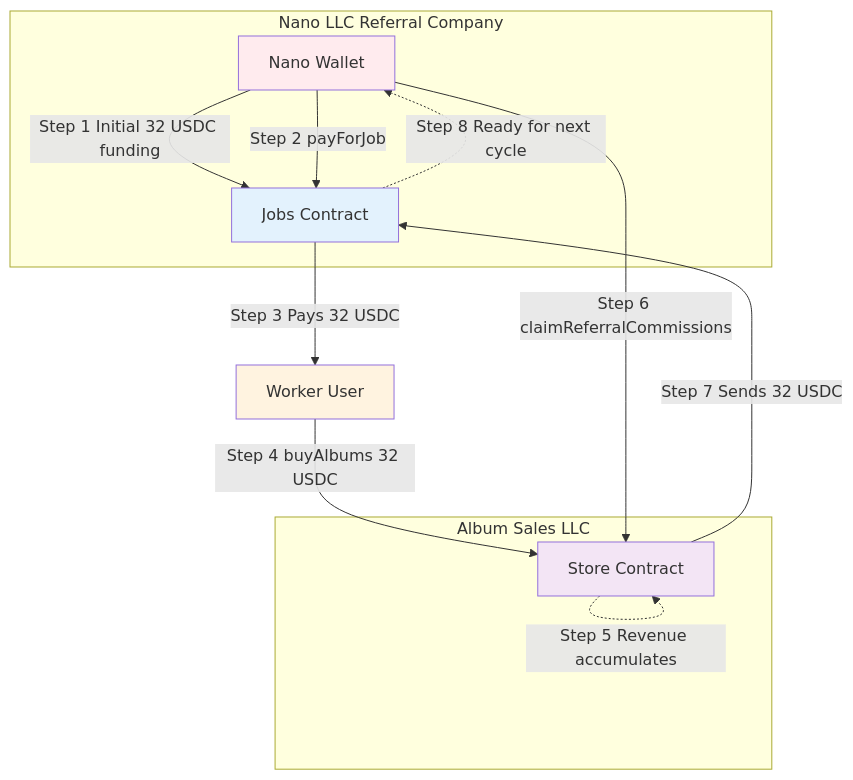
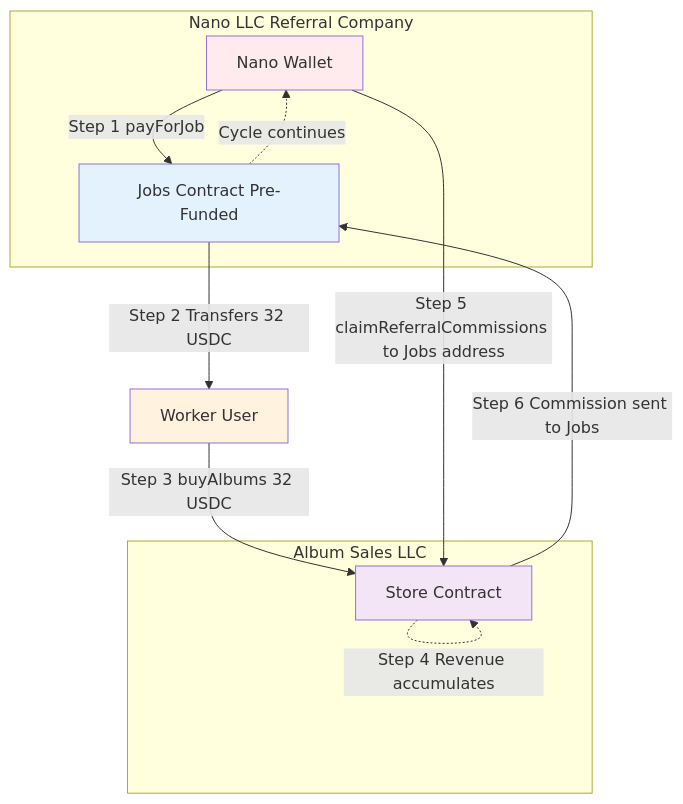
One commit to rowhq/hitmachine changed the diagram in SIMPLE_FLOW.md. Above: the diagram before and after it, drawn with Mermaid.

Commit message:
fix: Correct diagram flow - Jobs pre-funded, Nano directs commissions
- Removed initial funding step (Jobs contract is pre-funded)
- Fixed commission flow: Nano claims from Store and directs to Jobs address
- Store sends directly to Jobs contract per Nano's instruction
- This matches the actual smart contract implementation

````diff
--- a/SIMPLE_FLOW.md
+++ b/SIMPLE_FLOW.md
@@ -19,27 +19,26 @@
 ```mermaid
 flowchart TB
     subgraph NanoCompany[Nano LLC Referral Company]
         NanoWallet[Nano Wallet]
-        JobsContract[Jobs Contract]
+        JobsContract[Jobs Contract Pre-Funded]
     end
     
     subgraph AlbumCompany[Album Sales LLC]
         StoreContract[Store Contract]
     end
     
     Worker[Worker User]
     
-    NanoWallet -->|Step 1 Initial 32 USDC funding| JobsContract
-    NanoWallet -->|Step 2 payForJob| JobsContract
-    JobsContract -->|Step 3 Pays 32 USDC| Worker
-    Worker -->|Step 4 buyAlbums 32 USDC| StoreContract
-    StoreContract -.->|Step 5 Revenue accumulates| StoreContract
-    NanoWallet -->|Step 6 claimReferralCommissions| StoreContract
-    StoreContract -->|Step 7 Sends 32 USDC| JobsContract
-    JobsContract -.->|Step 8 Ready for next cycle| NanoWallet
+    NanoWallet -->|Step 1 payForJob| JobsContract
+    JobsContract -->|Step 2 Transfers 32 USDC| Worker
+    Worker -->|Step 3 buyAlbums 32 USDC| StoreContract
+    StoreContract -.->|Step 4 Revenue accumulates| StoreContract
+    NanoWallet -->|Step 5 claimReferralCommissions to Jobs address| StoreContract
+    StoreContract -->|Step 6 Commission sent to Jobs| JobsContract
+    JobsContract -.->|Cycle continues| NanoWallet
     
     style NanoWallet fill:#ffebee
     style JobsContract fill:#e3f2fd
     style Worker fill:#fff3e0
     style StoreContract fill:#f3e5f5
 ```
````
